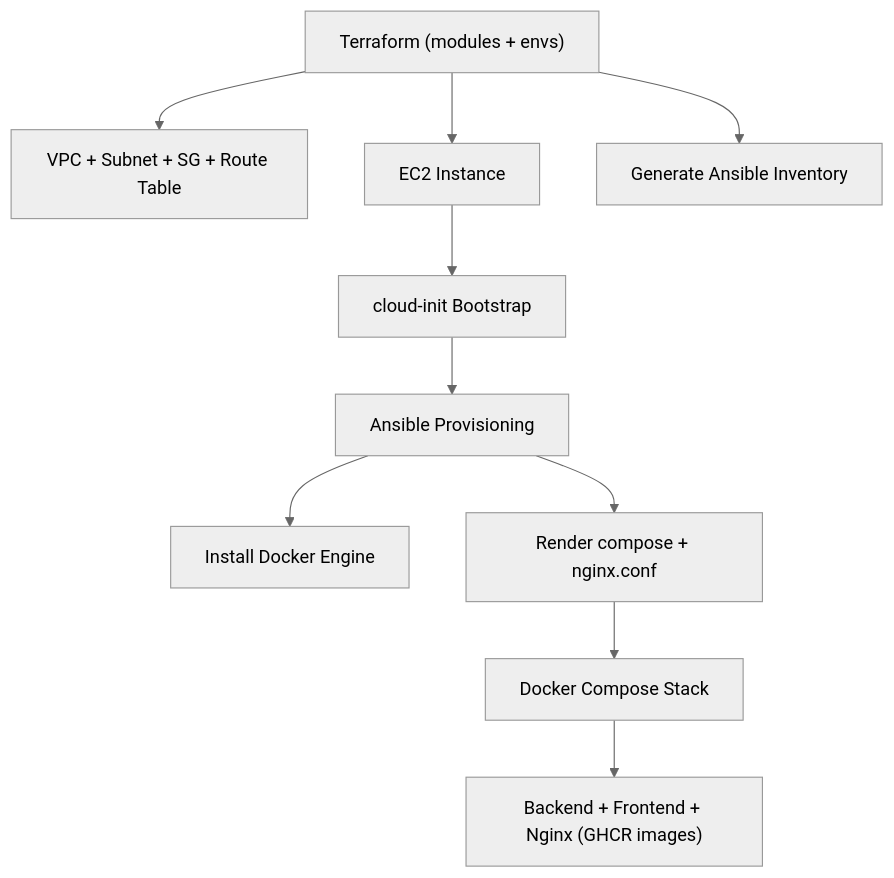
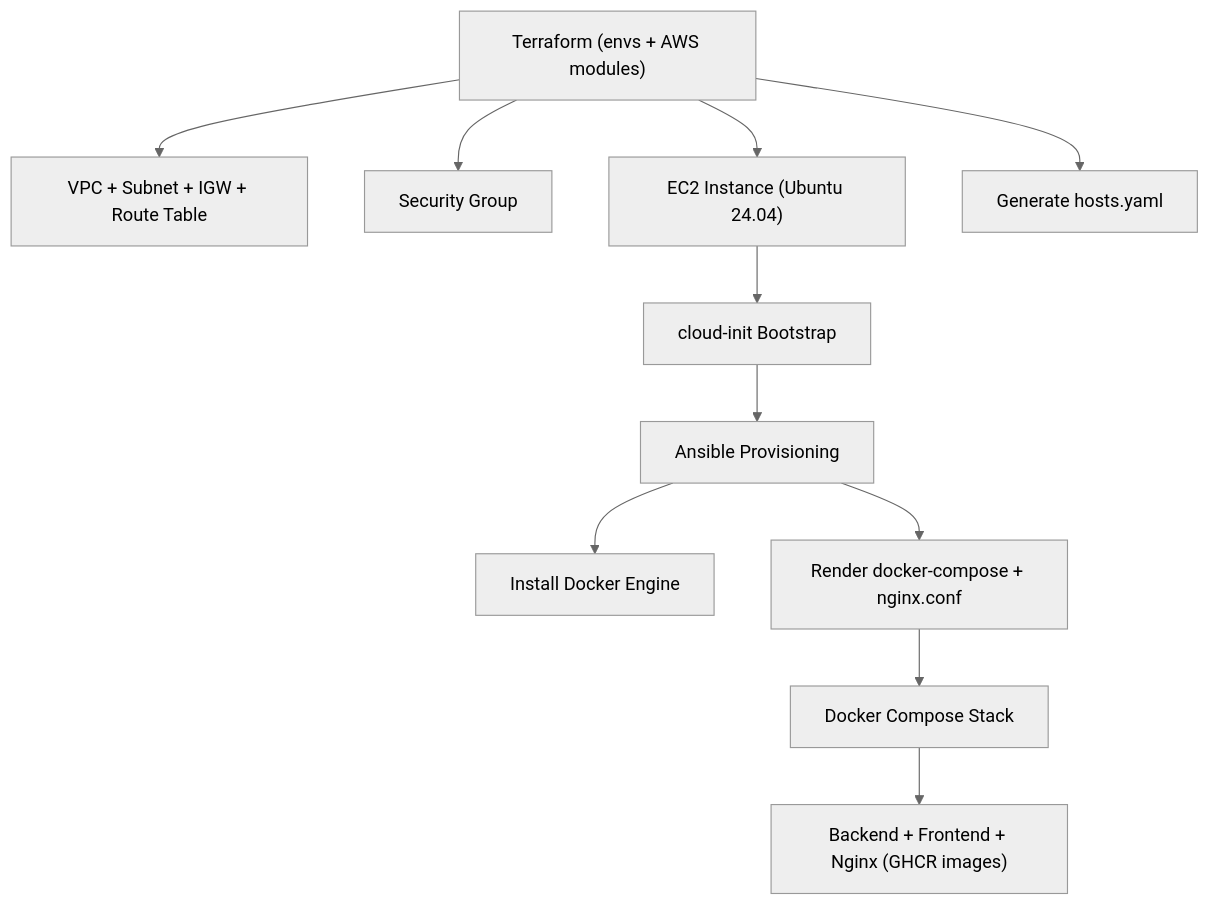
One commit to LaurisNeimanis/ccore-ai-infra changed the diagram in README.md. Above: the diagram before and after it, drawn with Mermaid (neutral theme). The commit also changed other lines of this file and 26 other files, not shown here.

Commit message:
Refactor: migrate to official AWS modules, add cloud-init bootstrap, update Terraform/Ansible structure and root README

````diff
--- a/README.md
+++ b/README.md
@@ -95,15 +69,16 @@
 ```mermaid
 flowchart TD
-    A["Terraform (modules + envs)"] --> B["VPC + Subnet + SG + Route Table"]
-    A --> C[EC2 Instance]
-    A --> D[Generate Ansible Inventory]
+    A["Terraform (envs + AWS modules)"] --> B["VPC + Subnet + IGW + Route Table"]
+    A --> C[Security Group]
+    A --> D["EC2 Instance (Ubuntu 24.04)"]
+    A --> E[Generate hosts.yaml]
 
-    C --> E[cloud-init Bootstrap]
-    E --> F[Ansible Provisioning]
+    D --> F[cloud-init Bootstrap]
+    F --> G[Ansible Provisioning]
 
-    F --> G[Install Docker Engine]
-    F --> H[Render compose + nginx.conf]
+    G --> H[Install Docker Engine]
+    G --> I[Render docker-compose + nginx.conf]
 
-    H --> I[Docker Compose Stack]
-    I --> J["Backend + Frontend + Nginx (GHCR images)"]
+    I --> J[Docker Compose Stack]
+    J --> K["Backend + Frontend + Nginx (GHCR images)"]
 ```
````
